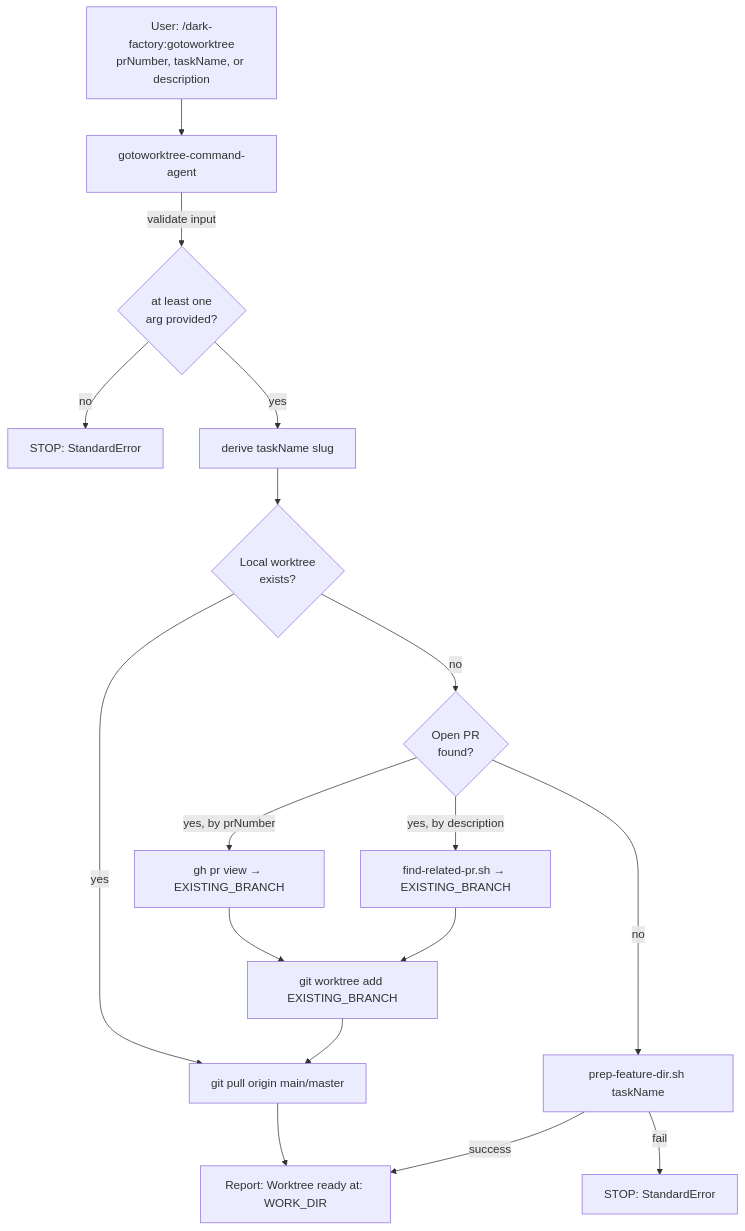
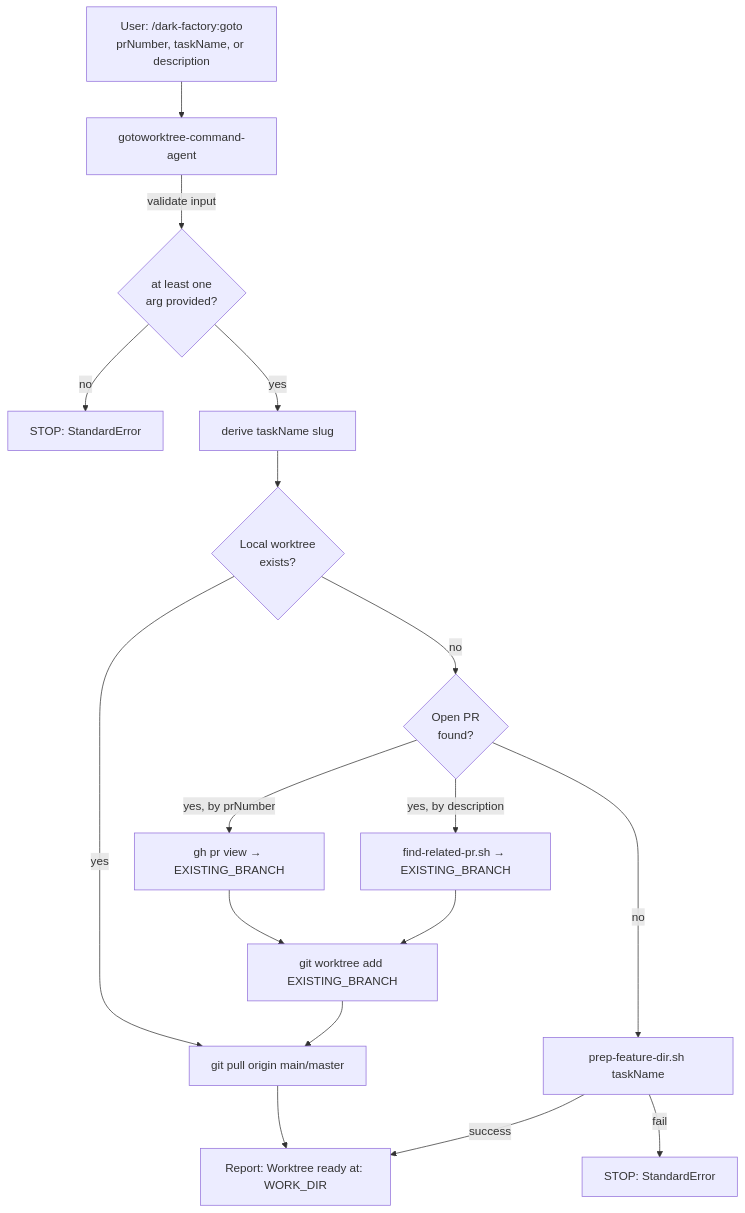
One commit to lewibs/dark-factory changed the diagram in docs/docs/gotoworktree-command-agent.md. Above: the diagram before and after it, drawn with Mermaid. The commit also changed other lines of this file and 11 other files, not shown here.

Commit message:
chore(commands): rename gotoworktree command to goto

````diff
--- a/docs/docs/gotoworktree-command-agent.md
+++ b/docs/docs/gotoworktree-command-agent.md
@@ -13,24 +13,24 @@
 ```mermaid
 flowchart TD
-  User["User: /dark-factory:gotoworktree\nprNumber, taskName, or description"] --> GW
+  User["User: /dark-factory:goto\nprNumber, taskName, or description"] --> GW
 
   GW["gotoworktree-command-agent"]
 
   GW -->|"validate input"| CHK{"at least one\narg provided?"}
   CHK -->|"no"| ERR["STOP: StandardError"]
   CHK -->|"yes"| SLUG["derive taskName slug"]
 
   SLUG --> LOCAL{"Local worktree\nexists?"}
   LOCAL -->|"yes"| PULL["git pull origin main/master"]
   PULL --> DONE["Report: Worktree ready at: WORK_DIR"]
 
   LOCAL -->|"no"| PR_CHK{"Open PR\nfound?"}
   PR_CHK -->|"yes, by prNumber"| GH_PR["gh pr view → EXISTING_BRANCH"]
   PR_CHK -->|"yes, by description"| FIND_PR["find-related-pr.sh → EXISTING_BRANCH"]
   GH_PR & FIND_PR --> WT_ADD["git worktree add EXISTING_BRANCH"]
   WT_ADD --> PULL
 
   PR_CHK -->|"no"| PREP["prep-feature-dir.sh taskName"]
   PREP -->|"fail"| ERR2["STOP: StandardError"]
   PREP -->|"success"| DONE
 ```
````
